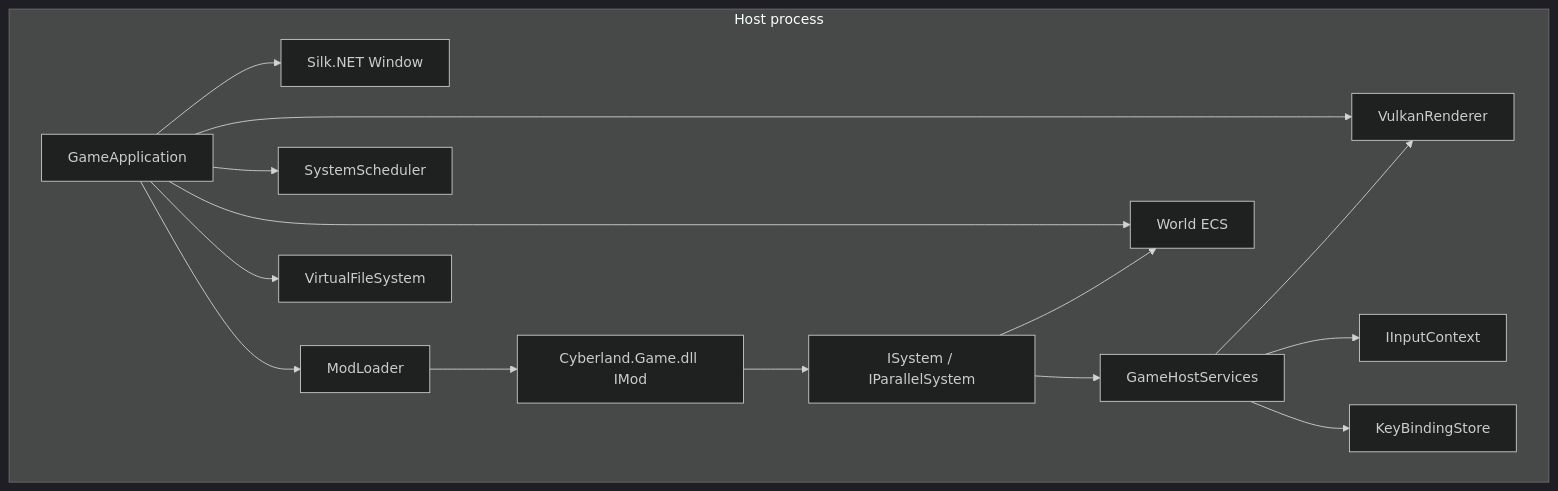
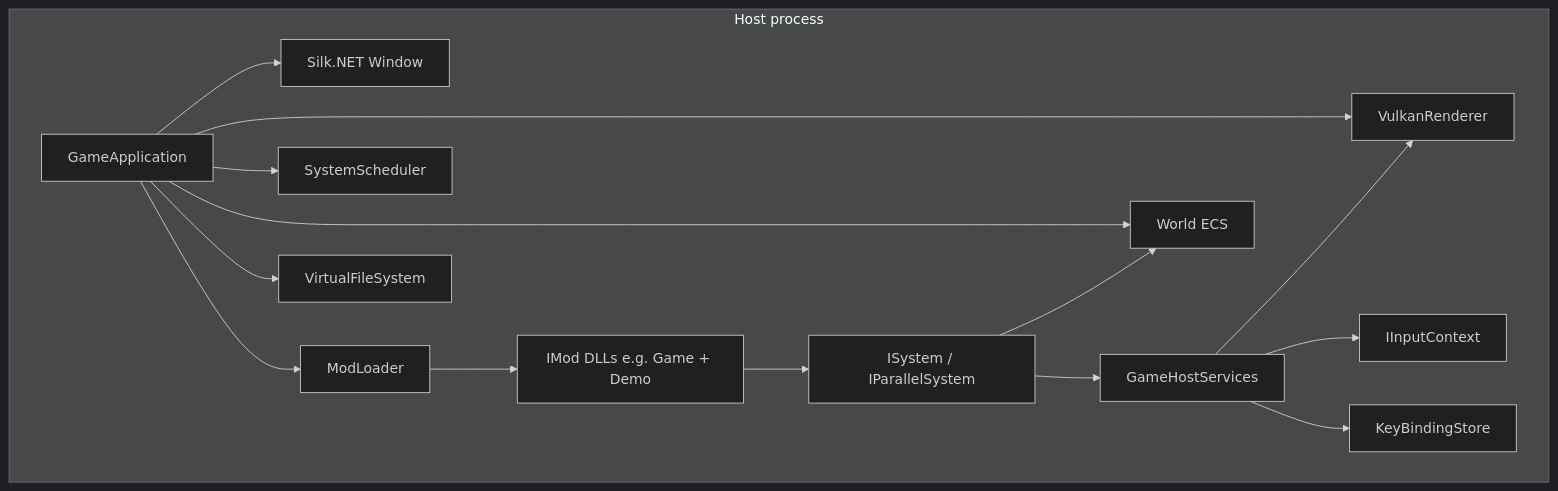
The diagram in README.md (wallacet/Cyberland), drawn with Mermaid (dark theme) before and after one commit. The commit also changed other lines of this file and 22 other files, not shown here.

First line of the commit message:
Extract Cyberland.Demo mod and document build/publish layout

````diff
--- a/README.md
+++ b/README.md
@@ -89,20 +140,20 @@
 ```mermaid
 flowchart TB
     subgraph host [Host process]
         GA[GameApplication]
         GA --> Window[Silk.NET Window]
         GA --> VK[VulkanRenderer]
         GA --> Sched[SystemScheduler]
         GA --> World[World ECS]
         GA --> VFS[VirtualFileSystem]
         ML[ModLoader]
         GA --> ML
-        ML --> ModDll[Cyberland.Game.dll IMod]
+        ML --> ModDll[IMod DLLs e.g. Game + Demo]
         ModDll --> Systems[ISystem / IParallelSystem]
         Systems --> World
         Systems --> HostSvc[GameHostServices]
         HostSvc --> VK
         HostSvc --> Input[IInputContext]
         HostSvc --> Keys[KeyBindingStore]
     end
 ```
````
